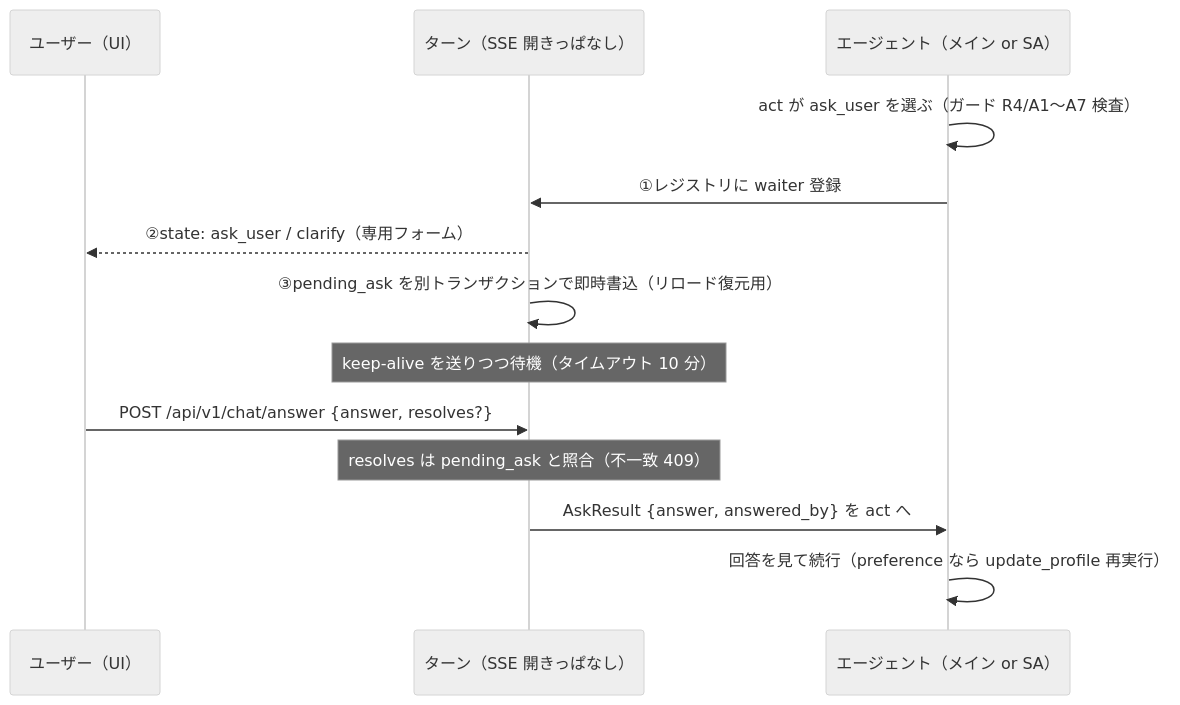
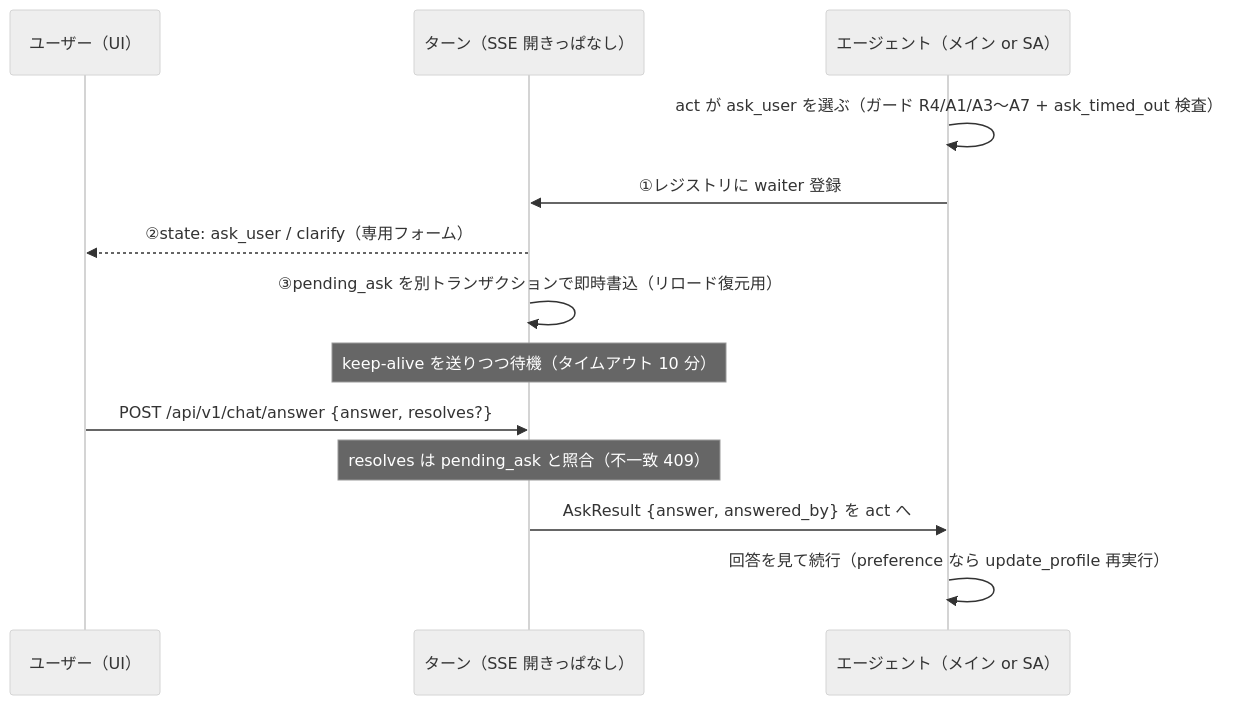
One commit to TakaJun02/Cairn changed the third of 3 diagrams in Docs/24_architecture_as_built.md. Above: the diagram before and after it, drawn with Mermaid (neutral theme). The commit also changed other lines of this file and 21 other files, not shown here.

First line of the commit message:
feat(ask-user): HITL 抑制方針を転換し不明な情報は積極的に質問する(ADR-0024)

````diff
--- a/Docs/24_architecture_as_built.md
+++ b/Docs/24_architecture_as_built.md
@@ -177,15 +177,15 @@
 ```mermaid
 sequenceDiagram
   participant U as ユーザー（UI）
   participant P as ターン（SSE 開きっぱなし）
   participant AG as エージェント（メイン or SA）
-  AG->>AG: act が ask_user を選ぶ（ガード R4/A1〜A7 検査）
+  AG->>AG: act が ask_user を選ぶ（ガード R4/A1/A3〜A7 + ask_timed_out 検査）
   AG->>P: ①レジストリに waiter 登録
   P-->>U: ②state: ask_user / clarify（専用フォーム）
   P->>P: ③pending_ask を別トランザクションで即時書込（リロード復元用）
   Note over P: keep-alive を送りつつ待機（タイムアウト 10 分）
   U->>P: POST /api/v1/chat/answer {answer, resolves?}
   Note over P: resolves は pending_ask と照合（不一致 409）
   P->>AG: AskResult {answer, answered_by} を act へ
   AG->>AG: 回答を見て続行（preference なら update_profile 再実行）
 ```
````
